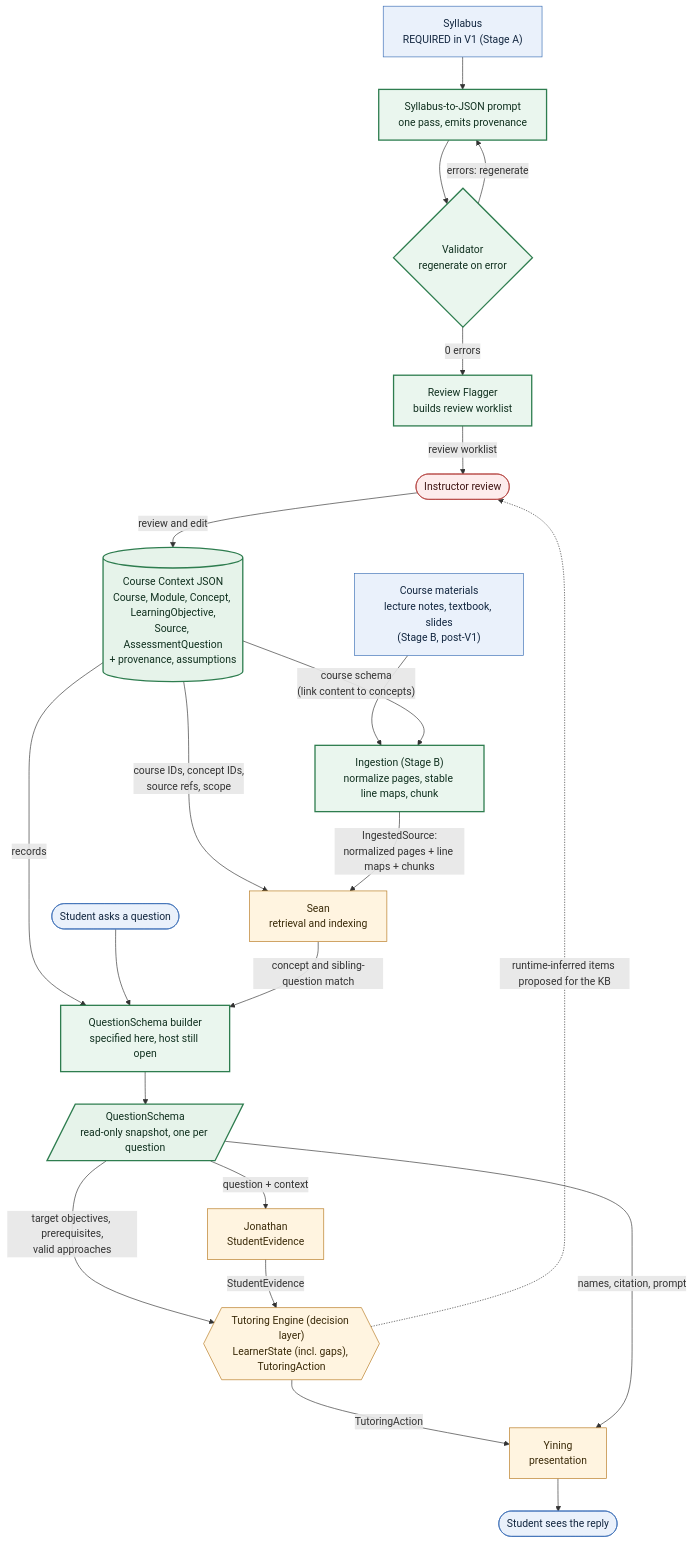
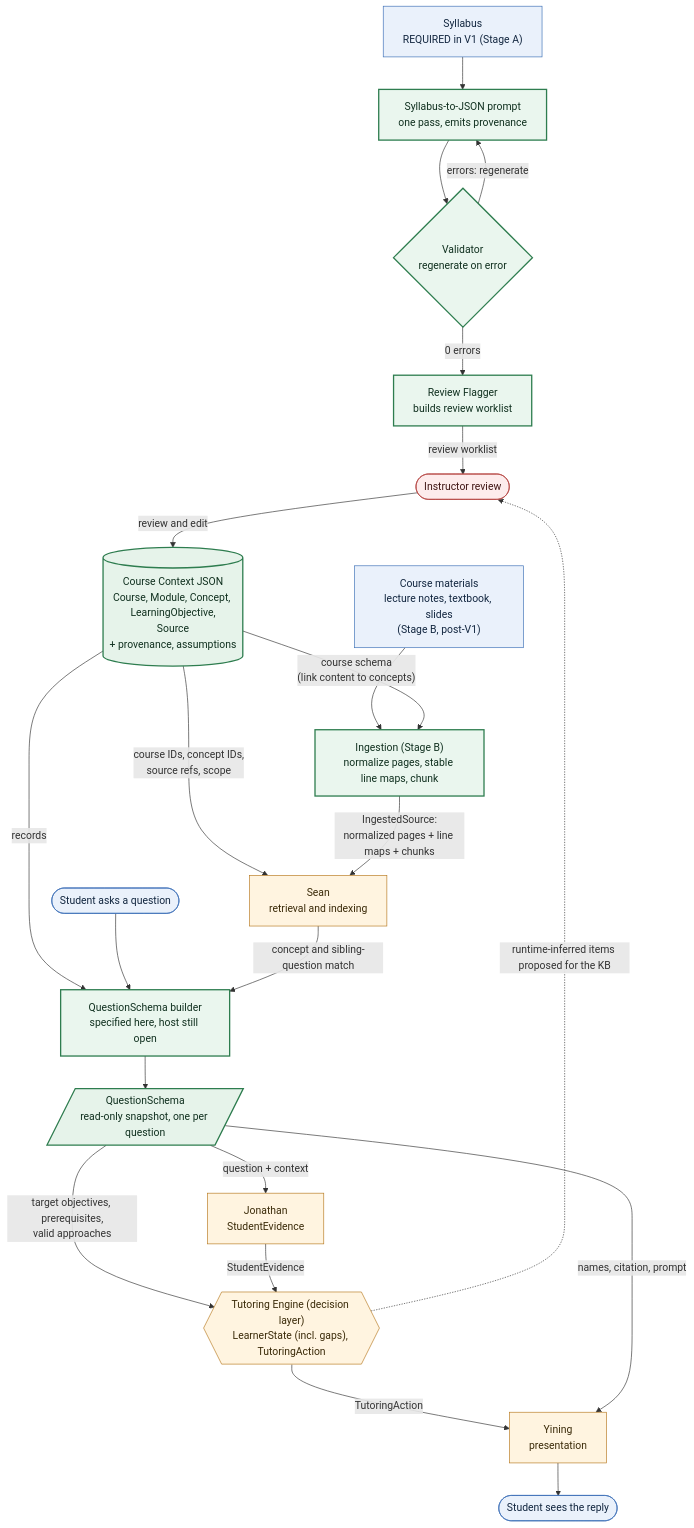
One commit to digital-professor-lab/digital-professor changed the diagram in specs/diagrams/course-context-io.mmd. Above: the diagram before and after it, drawn with Mermaid. The commit also changed 25 other files, not shown here.

Commit message:
JDP-39: CourseContext JSON generation is implemented

```diff
--- a/specs/diagrams/course-context-io.mmd
+++ b/specs/diagrams/course-context-io.mmd
@@ -1,49 +1,49 @@
 flowchart TB
     classDef input fill:#EAF1FB,stroke:#3B6FB6,color:#12263F
     classDef cc fill:#EAF6EE,stroke:#2E7D4F,color:#10301F,stroke-width:2px
     classDef team fill:#FFF4E0,stroke:#B7791F,color:#3A2A08
     classDef store fill:#E6F3EA,stroke:#2E7D4F,color:#10301F,stroke-width:2px
     classDef human fill:#FDECEC,stroke:#B3413F,color:#3F1514
 
     SYL["Syllabus<br/>REQUIRED in V1 (Stage A)"]:::input
     MAT["Course materials<br/>lecture notes, textbook, slides<br/>(Stage B, post-V1)"]:::input
     GEN["Syllabus-to-JSON prompt<br/>one pass, emits provenance"]:::cc
     ING["Ingestion (Stage B)<br/>normalize pages, stable line maps, chunk"]:::cc
     VAL{"Validator<br/>regenerate on error"}:::cc
     FLAG["Review Flagger<br/>builds review worklist"]:::cc
     INSTR(["Instructor review"]):::human
-    KB[("Course Context JSON<br/>Course, Module, Concept, LearningObjective,<br/>Source, AssessmentQuestion<br/>+ provenance, assumptions")]:::store
+    KB[("Course Context JSON<br/>Course, Module, Concept, LearningObjective,<br/>Source<br/>+ provenance, assumptions")]:::store
 
     SEAN["Sean<br/>retrieval and indexing"]:::team
     STU(["Student asks a question"]):::input
     BLD["QuestionSchema builder<br/>specified here, host still open"]:::cc
     QS[/"QuestionSchema<br/>read-only snapshot, one per question"/]:::store
 
     JON["Jonathan<br/>StudentEvidence"]:::team
     ENG{{"Tutoring Engine (decision layer)<br/>LearnerState (incl. gaps), TutoringAction"}}:::team
     YIN["Yining<br/>presentation"]:::team
     OUT(["Student sees the reply"]):::input
 
     SYL --> GEN
     GEN --> VAL
     VAL -- "errors: regenerate" --> GEN
     VAL -- "0 errors" --> FLAG
     FLAG -- "review worklist" --> INSTR
     INSTR -- "review and edit" --> KB
 
     KB -- "course IDs, concept IDs,<br/>source refs, scope" --> SEAN
     MAT --> ING
     KB -- "course schema<br/>(link content to concepts)" --> ING
     ING -- "IngestedSource:<br/>normalized pages + line maps + chunks" --> SEAN
     KB -- "records" --> BLD
     STU --> BLD
     SEAN -- "concept and sibling-question match" --> BLD
     BLD --> QS
 
     QS -- "target objectives, prerequisites,<br/>valid approaches" --> ENG
     QS -- "question + context" --> JON
     JON -- "StudentEvidence" --> ENG
     ENG -- "TutoringAction" --> YIN
     QS -- "names, citation, prompt" --> YIN
     YIN --> OUT
     ENG -. "runtime-inferred items proposed for the KB" .-> INSTR
```
